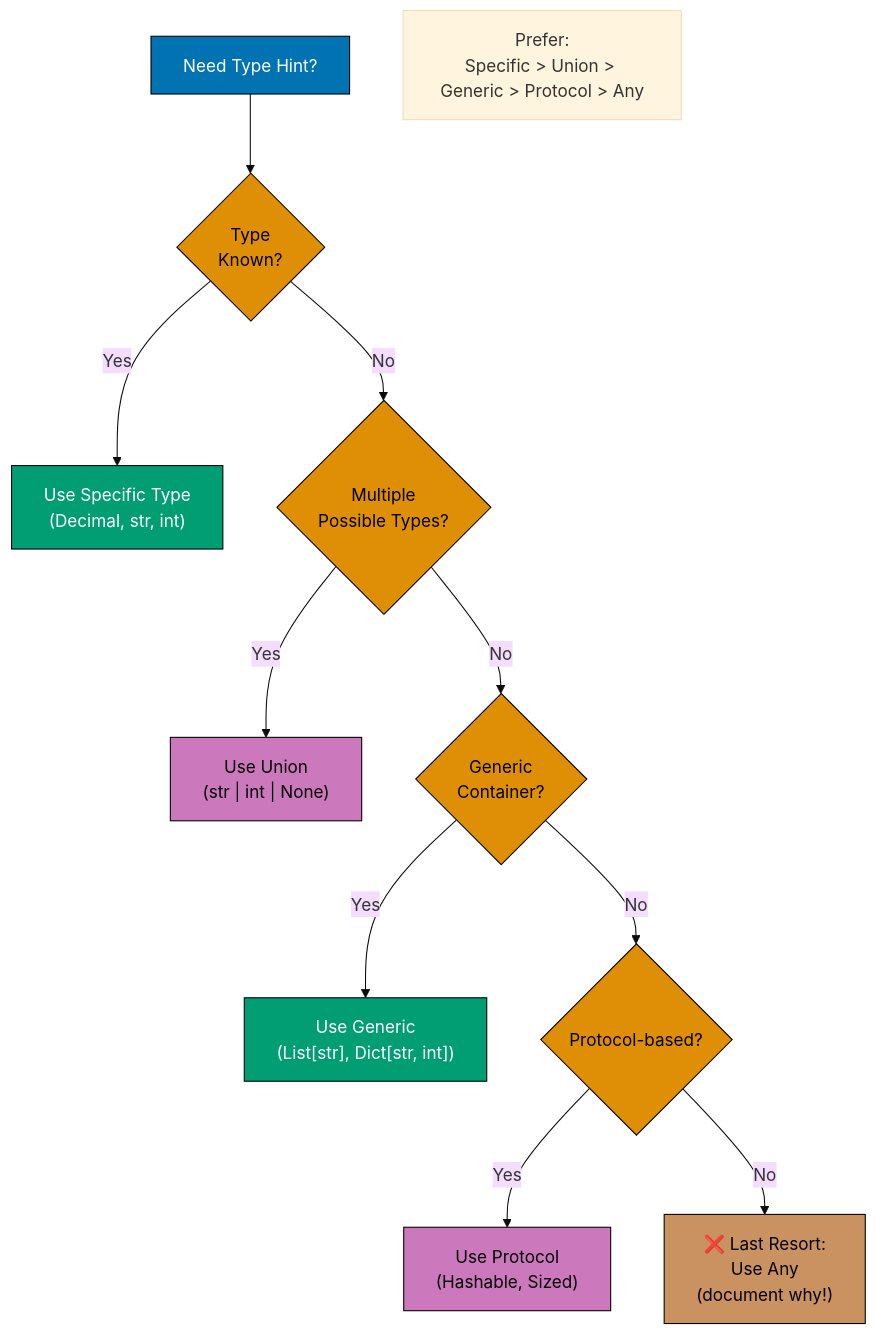
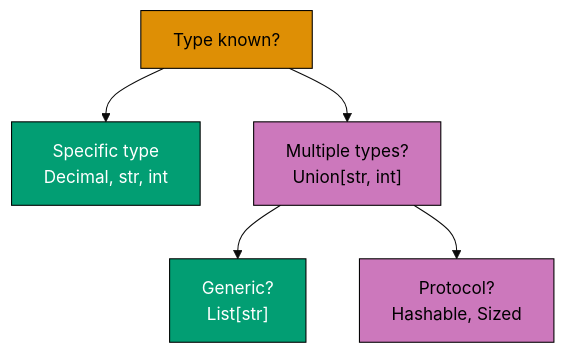
One commit to wahidyankf/ose-primer changed the fifth of 6 diagrams in docs/explanation/software-engineering/programming-languages/python/anti-patterns.md. Above: the diagram before and after it, drawn with Mermaid (base theme). The commit also changed other lines of this file and 12 other files, not shown here.

Commit message:
fix(docs): fix mermaid violations in python/ docs (batch 2/10)

````diff
--- a/docs/explanation/software-engineering/programming-languages/python/anti-patterns.md
+++ b/docs/explanation/software-engineering/programming-languages/python/anti-patterns.md
@@ -1693,27 +1661,14 @@
 ```mermaid
 %% Color Palette: Blue #0173B2, Orange #DE8F05, Teal #029E73, Purple #CC78BC
 %% All colors are color-blind friendly and meet WCAG AA contrast standards
 
 graph TD
-    A["Need Type Hint?"]:::blue --> B{"Type<br/>Known?"}:::orange
+    A["Type known?"]:::orange --> B["Specific type<br/>Decimal, str, int"]:::teal
+    A --> C["Multiple types?<br/>Union[str, int]"]:::purple
+    C --> D["Generic?<br/>List[str]"]:::teal
+    C --> E["Protocol?<br/>Hashable, Sized"]:::purple
 
-    B -->|"Yes"| C["Use Specific Type<br/>(Decimal, str, int)"]:::teal
-    B -->|"No"| D{"Multiple<br/>Possible Types?"}:::orange
-
-    D -->|"Yes"| E["Use Union<br/>(str | int | None)"]:::purple
-    D -->|"No"| F{"Generic<br/>Container?"}:::orange
-
-    F -->|"Yes"| G["Use Generic<br/>(List[str], Dict[str, int])"]:::teal
-    F -->|"No"| H{"Protocol-based?"}:::orange
-
-    H -->|"Yes"| I["Use Protocol<br/>(Hashable, Sized)"]:::purple
-    H -->|"No"| J["❌ Last Resort:<br/>Use Any<br/>(document why!)"]:::brown
-
-    Note["Prefer:<br/>Specific > Union > Generic > Protocol > Any"]
-
-    classDef blue fill:#0173B2,stroke:#000,color:#fff
     classDef orange fill:#DE8F05,stroke:#000,color:#000
     classDef teal fill:#029E73,stroke:#000,color:#fff
     classDef purple fill:#CC78BC,stroke:#000,color:#000
-    classDef brown fill:#CA9161,stroke:#000,color:#000
 ```
````
